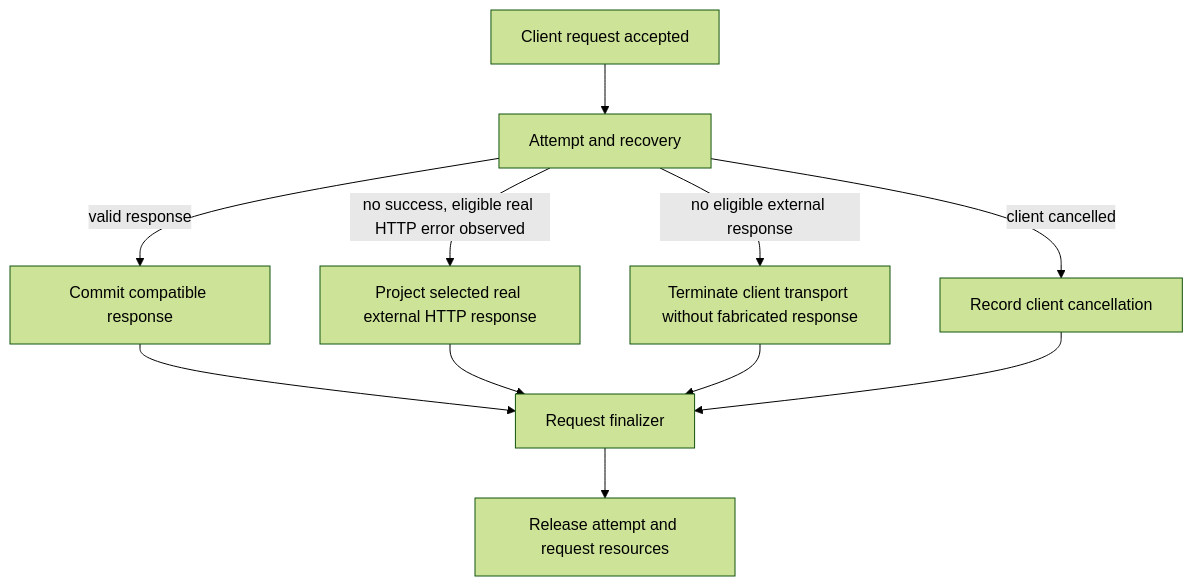
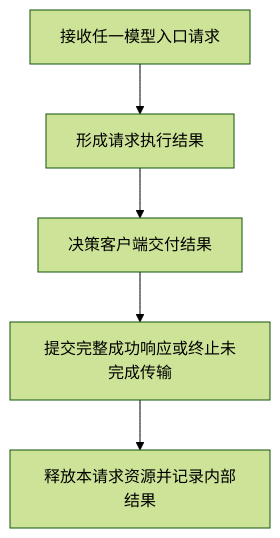
Before and after one commit to Jasonzhangf/routecodex: the first of 2 diagrams in docs/goals/provider-terminal-no-502-dag-20260930.md, drawn with Mermaid (forest theme). The commit also changed other lines of this file and 39 other files, not shown here.

Commit message:
fix(v3): keep model client transports free of error responses

````diff
--- a/docs/goals/provider-terminal-no-502-dag-20260930.md
+++ b/docs/goals/provider-terminal-no-502-dag-20260930.md
@@ -15,13 +13,7 @@
 ```mermaid
 flowchart TD
-  A[Client request accepted] --> B[Attempt and recovery]
-  B -->|valid response| D[Commit compatible response]
-  B -->|no success, eligible real HTTP error observed| I[Project selected real external HTTP response]
-  B -->|no eligible external response| J[Terminate client transport without fabricated response]
-  B -->|client cancelled| M[Record client cancellation]
-  D --> K[Request finalizer]
-  I --> K
-  J --> K
-  M --> K
-  K --> L[Release attempt and request resources]
+  A[接收任一模型入口请求] --> B[形成请求执行结果]
+  B --> C[决策客户端交付结果]
+  C --> D[提交完整成功响应或终止未完成传输]
+  D --> E[释放本请求资源并记录内部结果]
 ```
````
